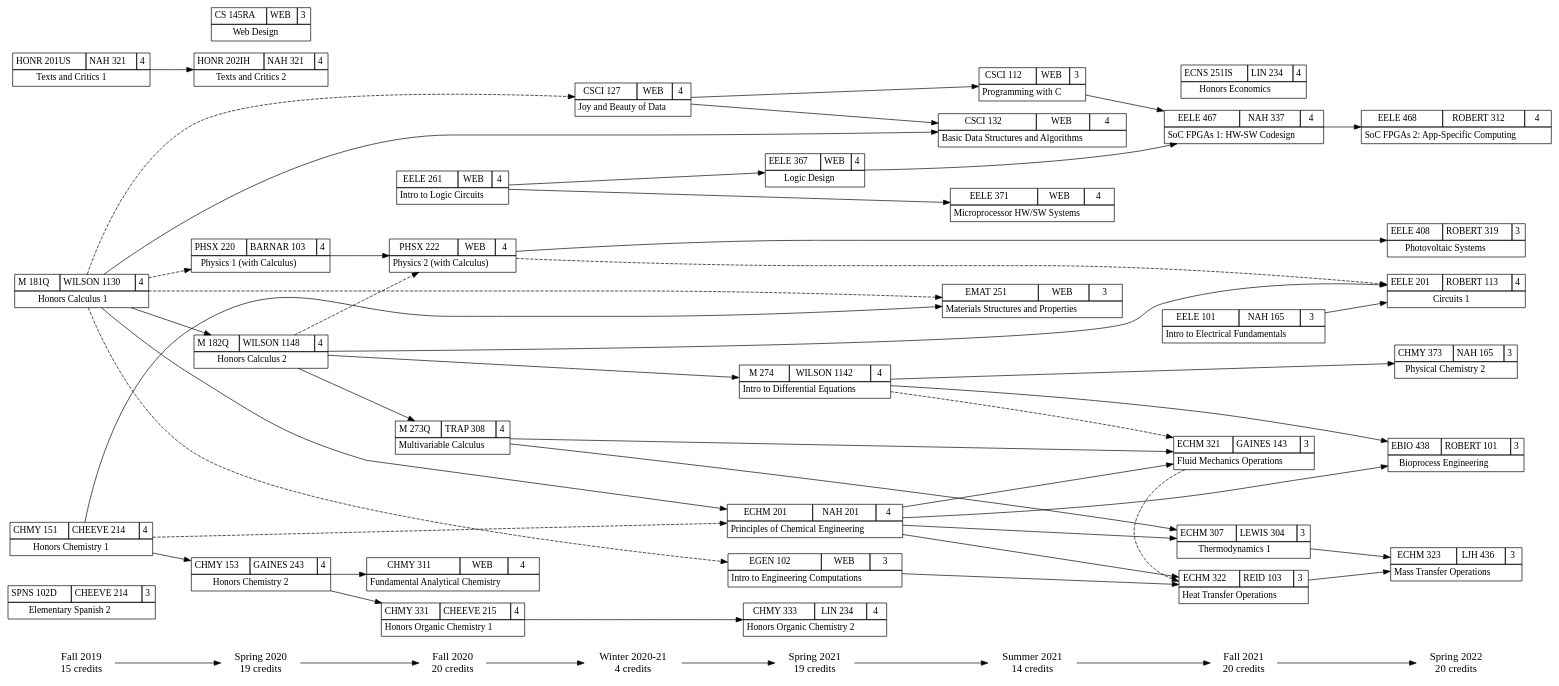
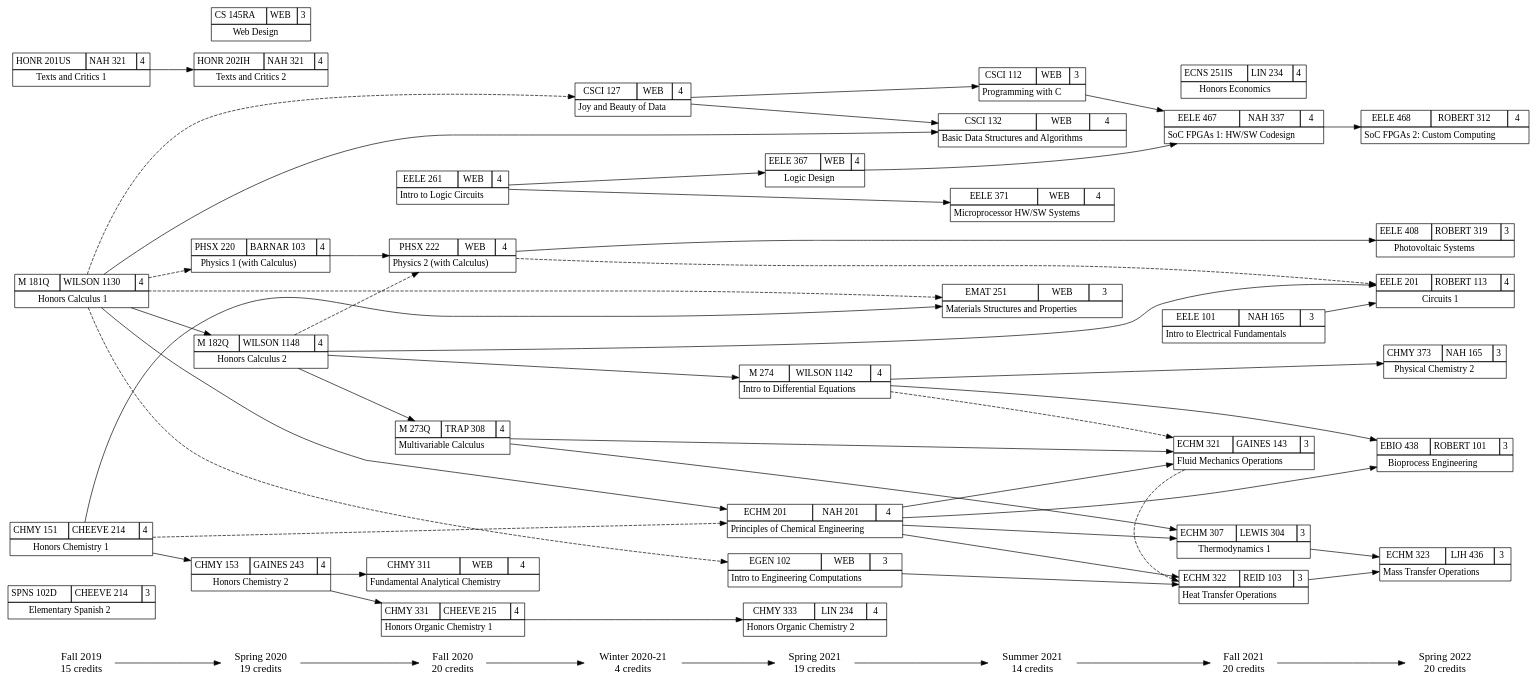
The diagram in courses_current.gv (w-culhane/courses-flowchart), drawn with Graphviz before and after one commit. The commit also changed 1 other file, not shown here.

```diff
--- a/courses_current.gv
+++ b/courses_current.gv
@@ -344,7 +344,7 @@
 <TD>NAH 337</TD>
 <TD>4</TD>
 </TR>
-<TR><TD COLSPAN="3">SoC FPGAs 1: HW-SW Codesign</TD></TR>
+<TR><TD COLSPAN="3">SoC FPGAs 1: HW/SW Codesign</TD></TR>
 </TABLE>>];
 
 "CHMY 373" [label=<
@@ -404,7 +404,7 @@
 <TD>ROBERT 312</TD>
 <TD>4</TD>
 </TR>
-<TR><TD COLSPAN="3">SoC FPGAs 2: App-Specific Computing</TD></TR>
+<TR><TD COLSPAN="3">SoC FPGAs 2: Custom Computing</TD></TR>
 </TABLE>>];
 
 // Course pre- & co- requisites
```
